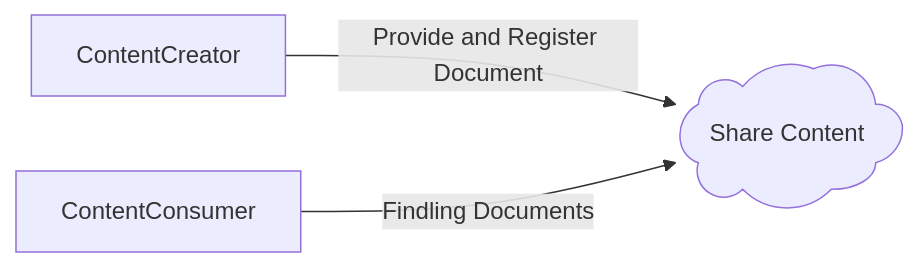
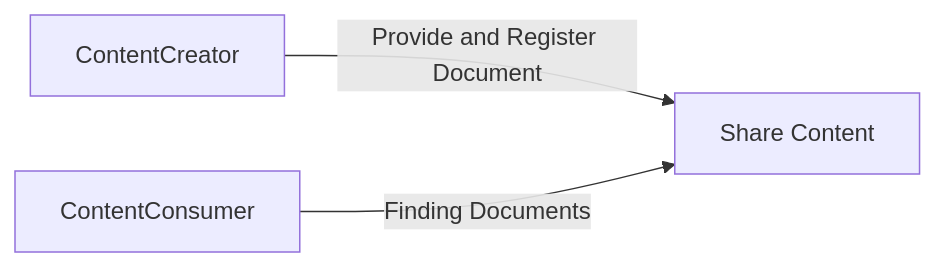
Before and after one commit to uk-gov-mirror/nw-gmsa.nw-gmsa.github.com: the fourth of 4 diagrams in input/pagecontent/MHDS.md, drawn with Mermaid. The commit also changed other lines of this file and 3 other files, not shown here.

````diff
--- a/input/pagecontent/MHDS.md
+++ b/input/pagecontent/MHDS.md
@@ -76,8 +76,8 @@
 ```mermaid
 graph LR
 
-GDR@{ shape: cloud, label: "Share Content"}
+GDR["Share Content"]
 
 ContentCreator --> |Provide and Register Document| GDR
-ContentConsumer --> |Findling Documents| GDR
+ContentConsumer --> |Finding Documents| GDR
 ```
````
